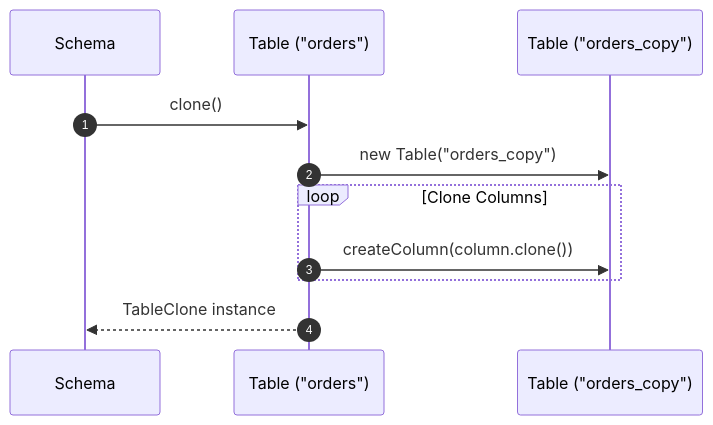
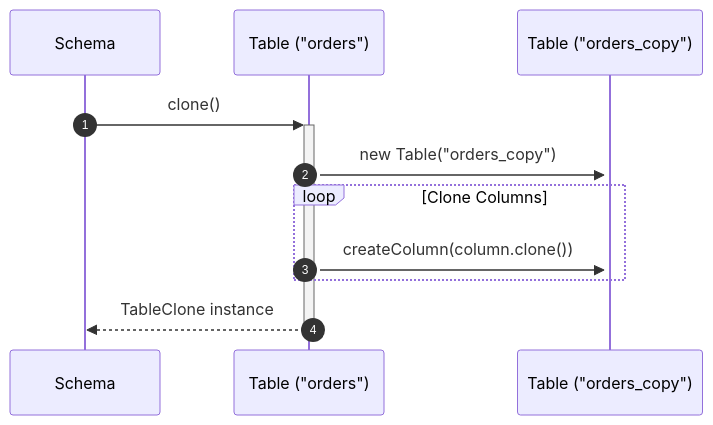
The seventh of 14 diagrams in docs/design_patterns/README.md (Dikhang1112/Database_Management_BBV), drawn with Mermaid before and after one commit. The commit also changed other lines of this file and 12 other files, not shown here.

Commit message:
Refactor sequece diagram

````diff
--- a/docs/design_patterns/README.md
+++ b/docs/design_patterns/README.md
@@ -674,14 +674,14 @@
 ```mermaid
 sequenceDiagram
     autonumber
     participant Schema as Schema
     participant TableOrig as Table ("orders")
     participant TableClone as Table ("orders_copy")
 
-    Schema->>TableOrig: clone()
-    TableOrig->>TableClone: new Table("orders_copy")
+    Schema->>+TableOrig: clone()
+    TableOrig->>+TableClone: new Table("orders_copy")
     loop Clone Columns
-        TableOrig->>TableClone: createColumn(column.clone())
+        TableOrig->>+TableClone: createColumn(column.clone())
     end
-    TableOrig-->>Schema: TableClone instance
+    TableOrig-->>-Schema: TableClone instance
 ```
````
